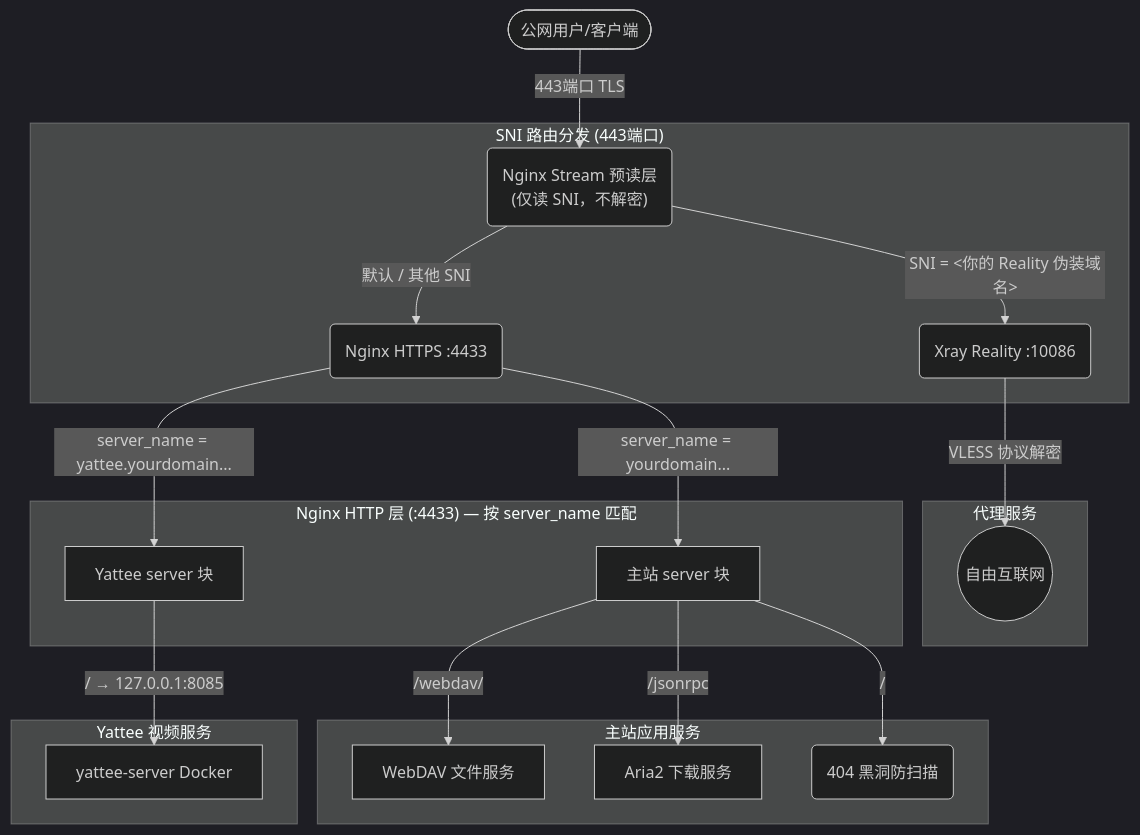
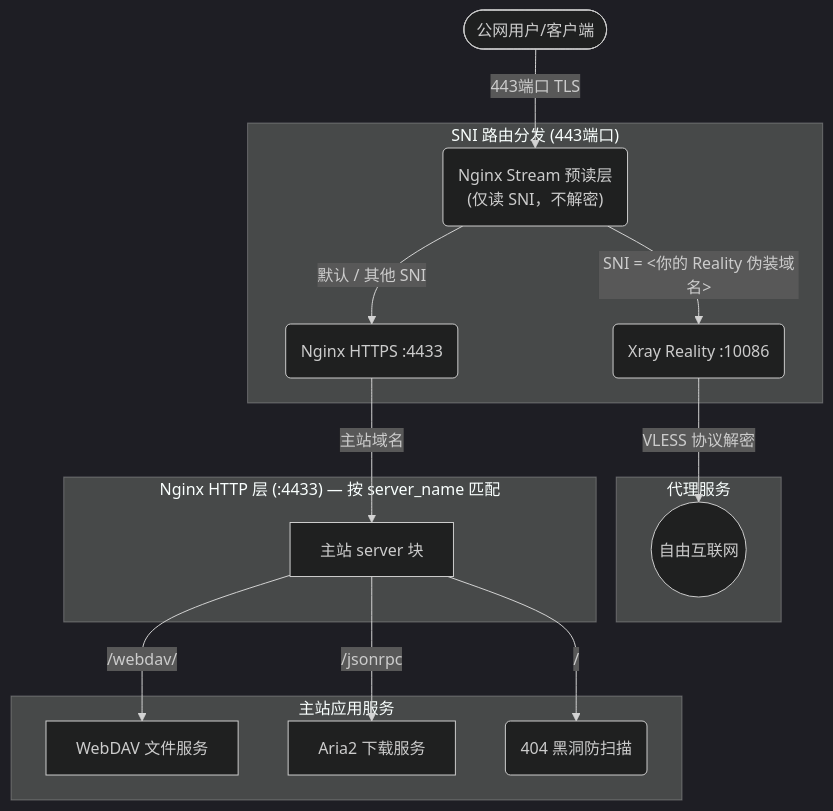
Before and after one commit to holefrog/Ansible_RackNerd: the diagram in README.md, drawn with Mermaid (dark theme). The commit also changed other lines of this file and 15 other files, not shown here.

First line of the commit message:
refactor: remove Yattee backend service and Docker integration

````diff
--- a/README.md
+++ b/README.md
@@ -20,28 +20,24 @@
 ```mermaid
 graph TD
     User(["公网用户/客户端"]) -->|"443端口 TLS"| Nginx_Stream("Nginx Stream 预读层<br/>(仅读 SNI，不解密)")
     
     subgraph sni_router ["SNI 路由分发 (443端口)"]
         Nginx_Stream -->|"SNI = <你的 Reality 伪装域名>"| Xray("Xray Reality :10086")
         Nginx_Stream -->|"默认 / 其他 SNI"| Port_4433("Nginx HTTPS :4433")
     end
     
     subgraph proxy_service ["代理服务"]
         Xray -->|"VLESS 协议解密"| Target_Internet(("自由互联网"))
     end
     
     subgraph http_layer ["Nginx HTTP 层 (:4433) — 按 server_name 匹配"]
-        Port_4433 -->|"server_name = yourdomain..."| Main_Server["主站 server 块"]
-        Port_4433 -->|"server_name = yattee.yourdomain..."| Yattee_Server["Yattee server 块"]
+        Port_4433 -->|"主站域名"| Main_Server["主站 server 块"]
     end
 
     subgraph app_service ["主站应用服务"]
         Main_Server -->|"/webdav/"| WebDAV["WebDAV 文件服务"]
         Main_Server -->|"/jsonrpc"| Aria2["Aria2 下载服务"]
         Main_Server -->|"/"| Fallback("404 黑洞防扫描")
     end
 
-    subgraph yattee_service ["Yattee 视频服务"]
-        Yattee_Server -->|"/ → 127.0.0.1:8085"| Yattee_Docker["yattee-server Docker"]
-    end
 ```
````
